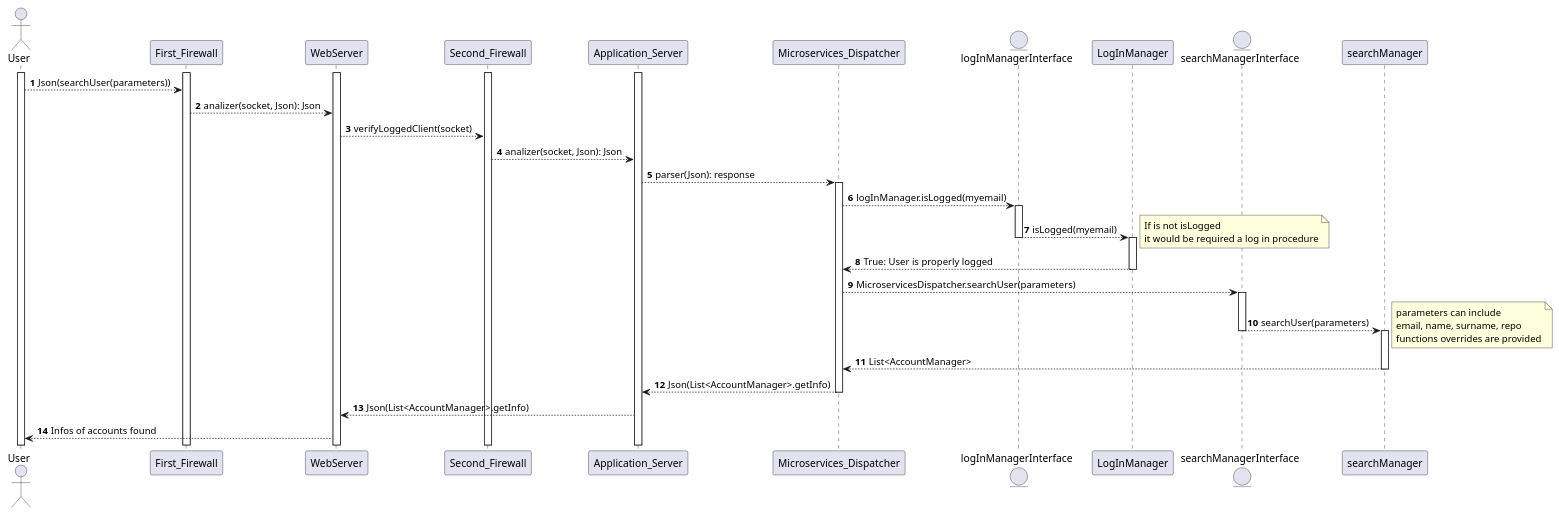
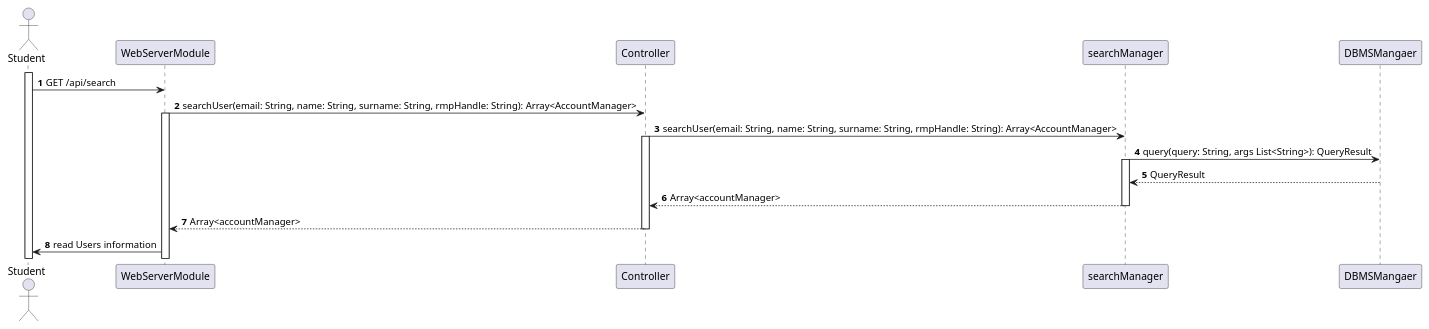
Before and after one commit to Angelo7672/SE2_Requirement-and-Design-Document: the diagram in _DD/Images/sequenceDiagrams/userSearchesForUsers.wsd, drawn with PlantUML. The commit also changed 13 other files, not shown here.

Commit message:
last 6 SD correction (DD document order), architecturalDesign, iitPlanning, userInterfaceDesign corrections

```diff
--- a/_DD/Images/sequenceDiagrams/userSearchesForUsers.wsd
+++ b/_DD/Images/sequenceDiagrams/userSearchesForUsers.wsd
@@ -1,53 +1,28 @@
 @startuml
 
 autonumber
-actor User as U
-participant First_Firewall as FF
-participant WebServer as WS
-participant Second_Firewall as SF
-participant Application_Server as AS
-participant Microservices_Dispatcher as MD
-entity logInManagerInterface as LMI
-participant LogInManager as LM
-entity searchManagerInterface as SMI
+actor Student as U
 participant searchManager as SM
+participant WebServerModule as WS
+participant Controller as C
+participant searchMangaer as SM
+participant DBMSMangaer as DBMS
 
 activate U
-activate FF
-activate WS
-activate SF
-activate AS
-U --> FF: Json(searchUser(parameters))
-FF-->WS: analizer(socket, Json): Json
-WS-->SF: verifyLoggedClient(socket)
-SF-->AS: analizer(socket, Json): Json
-AS-->MD: parser(Json): response
-activate MD
-MD-->LMI: logInManager.isLogged(myemail)
-activate LMI
-LMI-->LM: isLogged(myemail)
-note right
-    If is not isLogged
-    it would be required a log in procedure
-end note
-deactivate LMI
-activate LM
-LM-->MD: True: User is properly logged
-deactivate LM
-MD-->SMI: MicroservicesDispatcher.searchUser(parameters)
-activate SMI
-SMI-->SM: searchUser(parameters)
-note right
-    parameters can include
-    email, name, surname, repo
-    functions overrides are provided
-end note 
-deactivate SMI
+U->WS: GET /api/search
+WS->C: searchUser(email: String, name: String, surname: String, rmpHandle: String): Array<AccountManager>
+activate WS 
+C->SM: searchUser(email: String, name: String, surname: String, rmpHandle: String): Array<AccountManager>
+activate C
+SM->DBMS: query(query: String, args List<String>): QueryResult
 activate SM
-SM-->MD: List<AccountManager>
+DBMS-->SM: QueryResult
+SM-->C: Array<accountManager>
 deactivate SM
-MD-->AS: Json(List<AccountManager>.getInfo)
-deactivate MD
-AS-->WS: Json(List<AccountManager>.getInfo)
-WS-->U: Infos of accounts found
+C-->WS:Array<accountManager>
+deactivate C
+WS->U: read Users information
+
+
+
 @enduml
```
